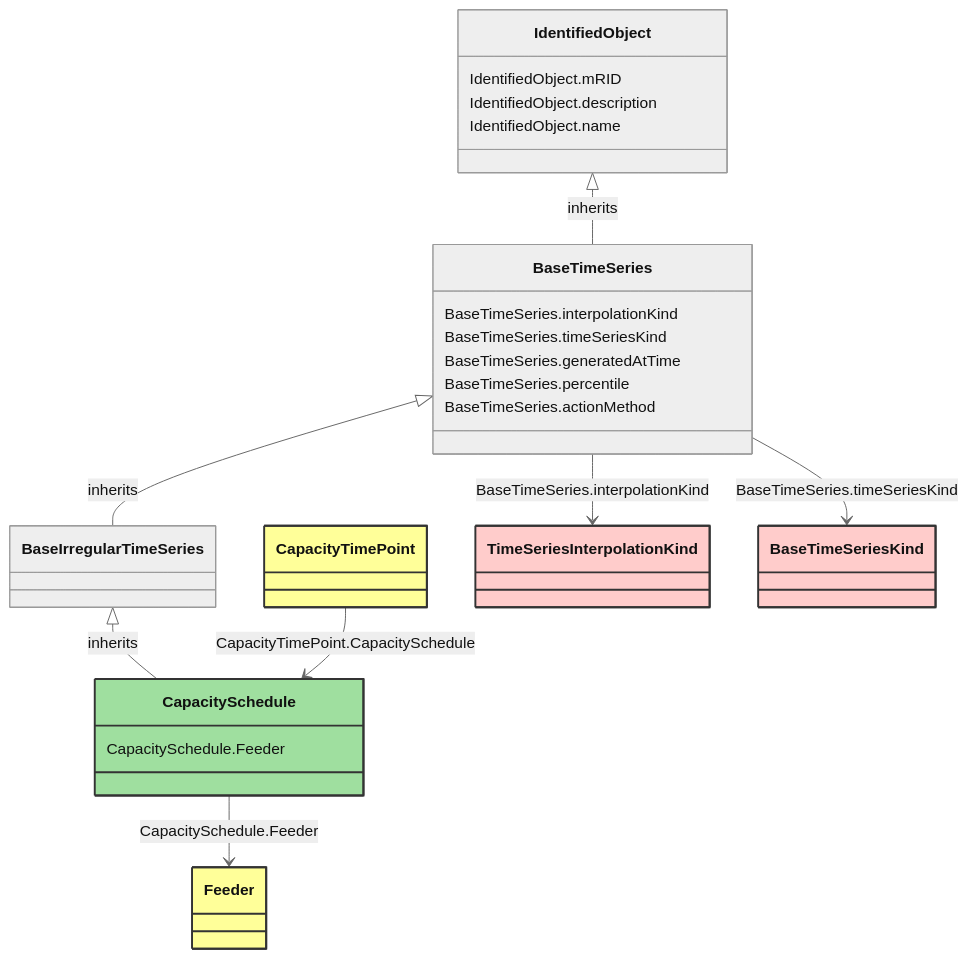
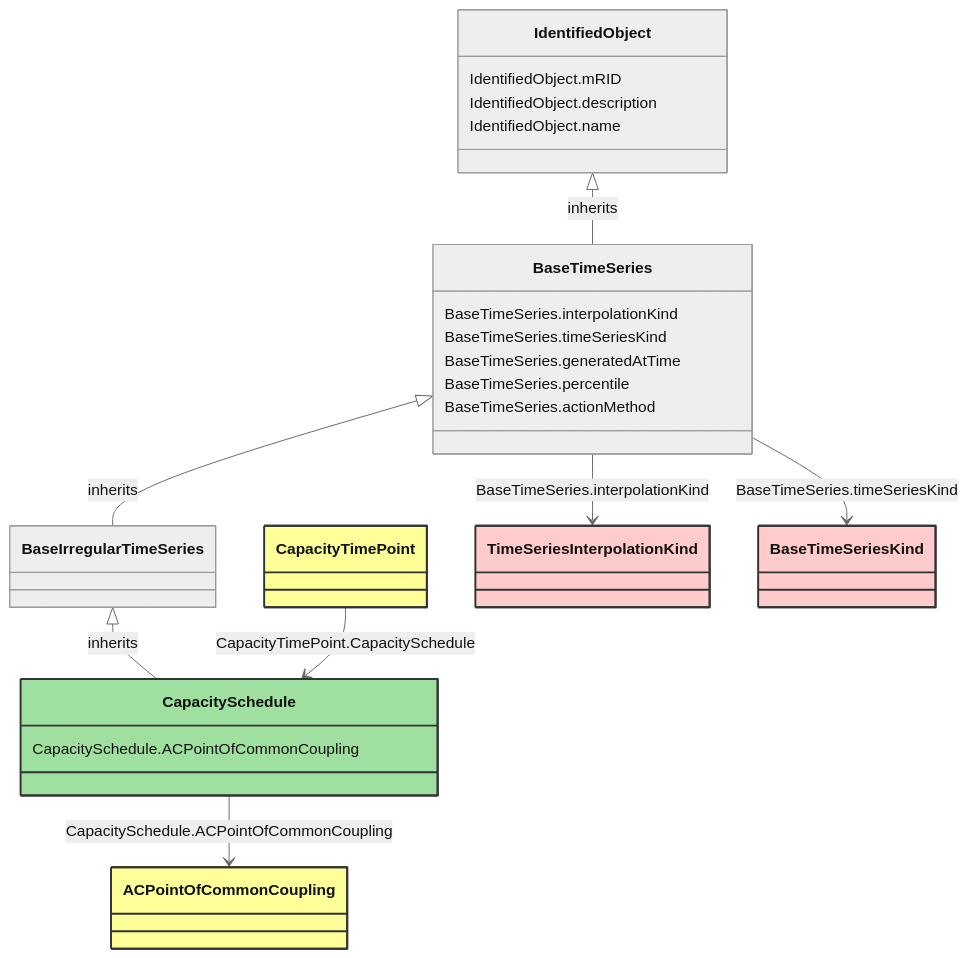
One commit to 3lbits/NoCIMExtensions changed the diagram in docs/WattApp/CapacitySchedule.md. Above: the diagram before and after it, drawn with Mermaid (neutral theme). The commit also changed other lines of this file and 31 other files, not shown here.

Commit message:
update schema with PointOfCommonCoupling and range:Any

````diff
--- a/docs/WattApp/CapacitySchedule.md
+++ b/docs/WattApp/CapacitySchedule.md
@@ -8,55 +8,55 @@
 ```mermaid
 classDiagram
     class CapacitySchedule
     click CapacitySchedule href "/WattApp/CapacitySchedule/"
     style CapacitySchedule fill:#9fdf9f,stroke:#333,stroke-width:2px,rx:10,ry:10
 
         BaseIrregularTimeSeries <|-- CapacitySchedule : inherits
             click BaseIrregularTimeSeries href "/WattApp/BaseIrregularTimeSeries/"
             style BaseIrregularTimeSeries rx:10,ry:10
 
         CapacitySchedule
             click CapacitySchedule href "/WattApp/CapacitySchedule/"
             style CapacitySchedule rx:10,ry:10
 
         BaseTimeSeries <|-- BaseIrregularTimeSeries : inherits
             click BaseTimeSeries href "/WattApp/BaseTimeSeries/"
             style BaseTimeSeries rx:10,ry:10
 
         IdentifiedObject <|-- BaseTimeSeries : inherits
             click IdentifiedObject href "/WattApp/IdentifiedObject/"
             style IdentifiedObject rx:10,ry:10
 
-        CapacitySchedule --> Feeder : CapacitySchedule.Feeder
+        CapacitySchedule --> ACPointOfCommonCoupling : CapacitySchedule.ACPointOfCommonCoupling
 
-        Feeder
-            click Feeder href "/WattApp/Feeder/"
-            style Feeder fill:#ffff99,stroke:#333,stroke-width:2px,rx:10,ry:10
+        ACPointOfCommonCoupling
+            click ACPointOfCommonCoupling href "/WattApp/ACPointOfCommonCoupling/"
+            style ACPointOfCommonCoupling fill:#ffff99,stroke:#333,stroke-width:2px,rx:10,ry:10
 
         CapacityTimePoint --> CapacitySchedule : CapacityTimePoint.CapacitySchedule
 
         CapacityTimePoint
             click CapacityTimePoint href "/WattApp/CapacityTimePoint/"
             style CapacityTimePoint fill:#ffff99,stroke:#333,stroke-width:2px,rx:10,ry:10
 
         BaseTimeSeries --> TimeSeriesInterpolationKind : BaseTimeSeries.interpolationKind
 
         TimeSeriesInterpolationKind
             click TimeSeriesInterpolationKind href "/WattApp/TimeSeriesInterpolationKind/"
             style TimeSeriesInterpolationKind fill:#FFCCCB,stroke:#333,stroke-width:2px,rx:10,ry:10
         BaseTimeSeries --> BaseTimeSeriesKind : BaseTimeSeries.timeSeriesKind
 
         BaseTimeSeriesKind
             click BaseTimeSeriesKind href "/WattApp/BaseTimeSeriesKind/"
             style BaseTimeSeriesKind fill:#FFCCCB,stroke:#333,stroke-width:2px,rx:10,ry:10
 
-        CapacitySchedule : CapacitySchedule.Feeder
+        CapacitySchedule : CapacitySchedule.ACPointOfCommonCoupling
         BaseTimeSeries : BaseTimeSeries.interpolationKind
         BaseTimeSeries : BaseTimeSeries.timeSeriesKind
         BaseTimeSeries : BaseTimeSeries.generatedAtTime
         BaseTimeSeries : BaseTimeSeries.percentile
         BaseTimeSeries : BaseTimeSeries.actionMethod
         IdentifiedObject : IdentifiedObject.mRID
         IdentifiedObject : IdentifiedObject.description
         IdentifiedObject : IdentifiedObject.name
 ```
````
